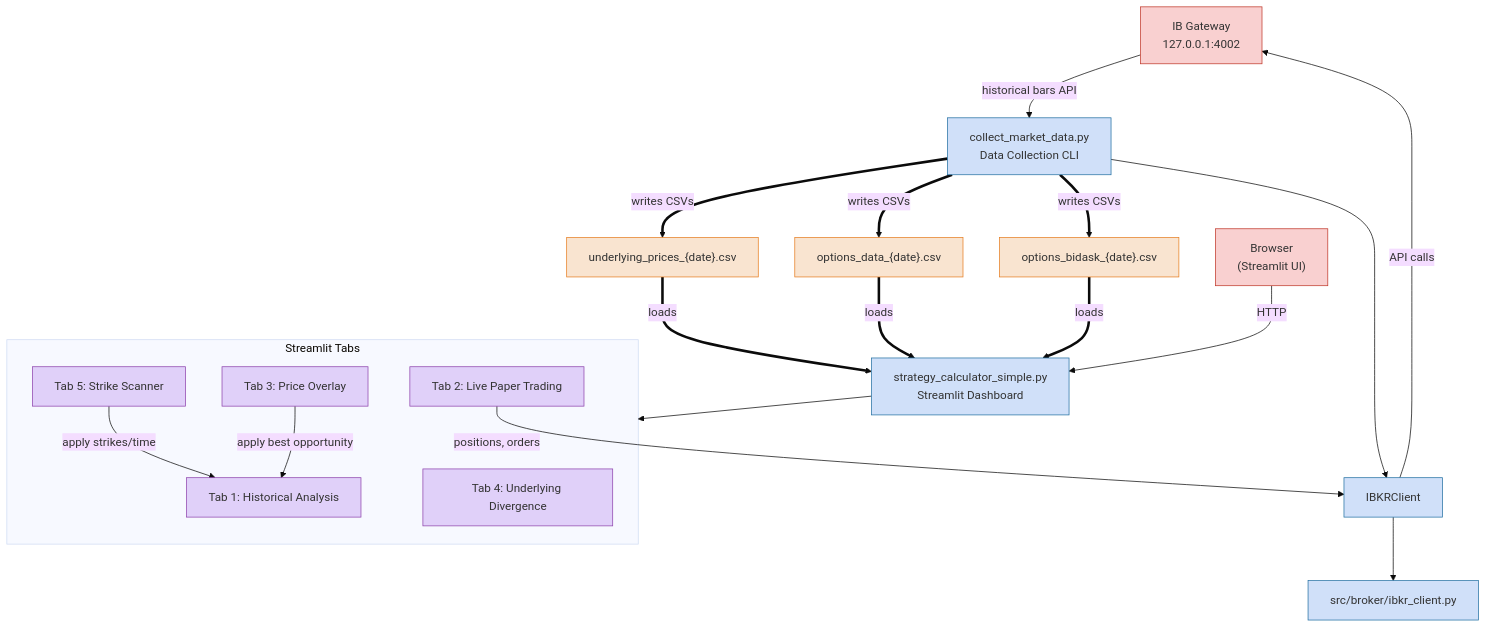
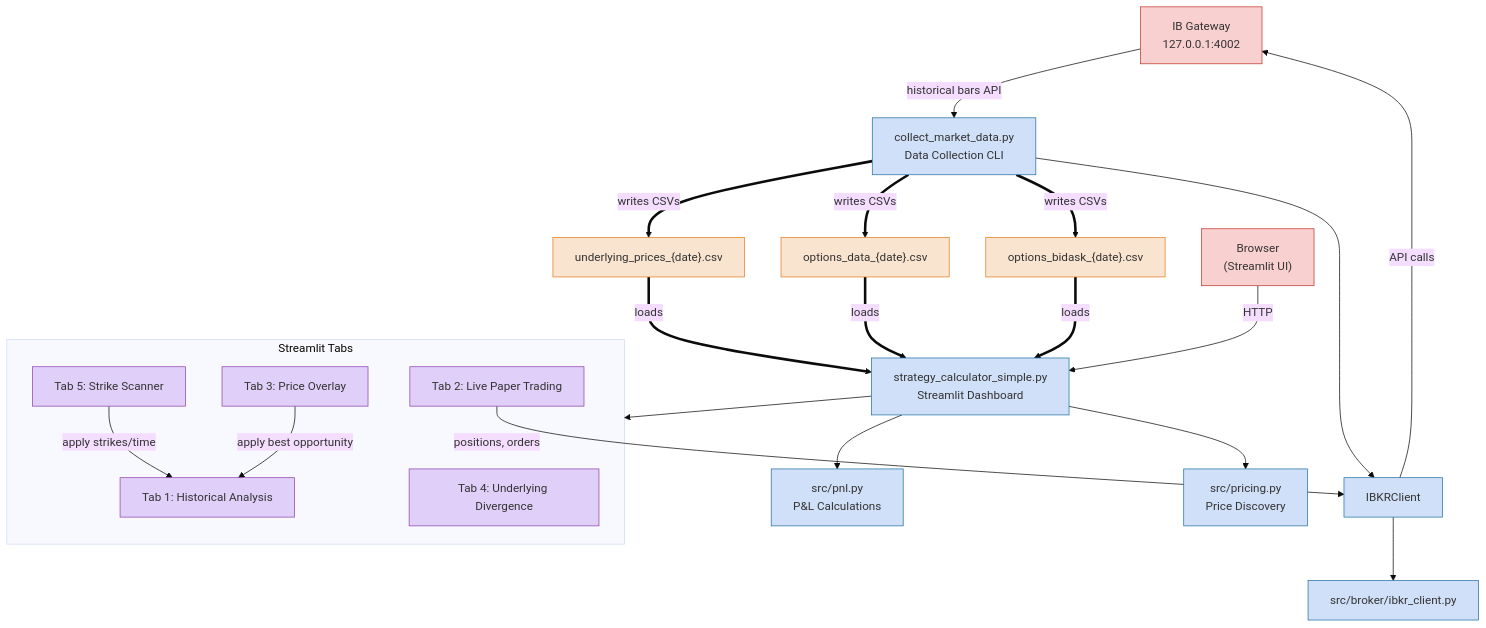
One commit to johnnyohwishingtree/optionsarbitrage changed the diagram in docs/architecture/system-overview.mmd. Above: the diagram before and after it, drawn with Mermaid (base theme). The commit also changed 14 other files, not shown here.

```diff
--- a/docs/architecture/system-overview.mmd
+++ b/docs/architecture/system-overview.mmd
@@ -1,63 +1,71 @@
 %% System Overview — Top-level architecture
 %% Updated: 2026-02-12
 
 graph TD
     %% External systems
     EXT_ibGateway["IB Gateway\n127.0.0.1:4002"]:::external
     EXT_browser["Browser\n(Streamlit UI)"]:::external
 
     %% Data collection module
     MOD_collect["collect_market_data.py\nData Collection CLI"]:::module
 
     %% Broker client
     MOD_ibkrClient["src/broker/ibkr_client.py"]:::module
     CLS_IBKRClient["IBKRClient"]:::module
+
+    %% Core logic modules
+    MOD_pnl["src/pnl.py\nP&L Calculations"]:::module
+    MOD_pricing["src/pricing.py\nPrice Discovery"]:::module
 
     %% Strategy calculator (Streamlit app)
     MOD_strategy["strategy_calculator_simple.py\nStreamlit Dashboard"]:::module
 
     %% Data stores
     DATA_underlying["underlying_prices_{date}.csv"]:::data
     DATA_optTrades["options_data_{date}.csv"]:::data
     DATA_optBidask["options_bidask_{date}.csv"]:::data
 
     %% Streamlit tabs subgraph
     subgraph StreamlitTabs["Streamlit Tabs"]
         TAB_historical["Tab 1: Historical Analysis"]:::tab
         TAB_liveTrade["Tab 2: Live Paper Trading"]:::tab
         TAB_priceOverlay["Tab 3: Price Overlay"]:::tab
         TAB_divergence["Tab 4: Underlying Divergence"]:::tab
         TAB_scanner["Tab 5: Strike Scanner"]:::tab
     end
 
     %% Edges: Data collection
     EXT_ibGateway -->|"historical bars API"| MOD_collect
     MOD_collect --> CLS_IBKRClient
     CLS_IBKRClient --> MOD_ibkrClient
     MOD_collect ==>|"writes CSVs"| DATA_underlying
     MOD_collect ==>|"writes CSVs"| DATA_optTrades
     MOD_collect ==>|"writes CSVs"| DATA_optBidask
 
     %% Edges: Strategy reads data
     DATA_underlying ==>|"loads"| MOD_strategy
     DATA_optTrades ==>|"loads"| MOD_strategy
     DATA_optBidask ==>|"loads"| MOD_strategy
 
+    %% Edges: Strategy uses core modules
+    MOD_strategy --> MOD_pnl
+    MOD_strategy --> MOD_pricing
+
     %% Edges: Strategy hosts tabs
     MOD_strategy --> StreamlitTabs
     EXT_browser -->|"HTTP"| MOD_strategy
 
     %% Edges: Live trading tab uses IB
     TAB_liveTrade -->|"positions, orders"| CLS_IBKRClient
     CLS_IBKRClient -->|"API calls"| EXT_ibGateway
 
     %% Edges: Scanner feeds into historical
     TAB_scanner -->|"apply strikes/time"| TAB_historical
     TAB_priceOverlay -->|"apply best opportunity"| TAB_historical
 
     %% Style definitions
     classDef external  fill:#f9d0d0,stroke:#c0392b,color:#333
     classDef module    fill:#d0e0f9,stroke:#2471a3,color:#333
     classDef function  fill:#d0f9d0,stroke:#27ae60,color:#333
     classDef data      fill:#f9e4d0,stroke:#e67e22,color:#333
     classDef tab       fill:#e0d0f9,stroke:#8e44ad,color:#333
```
